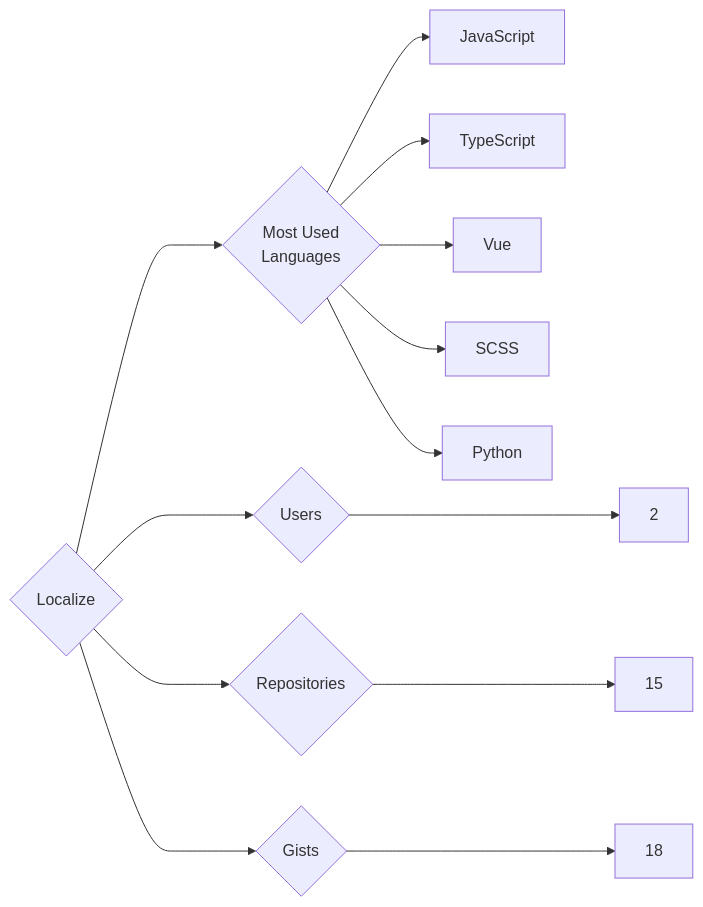
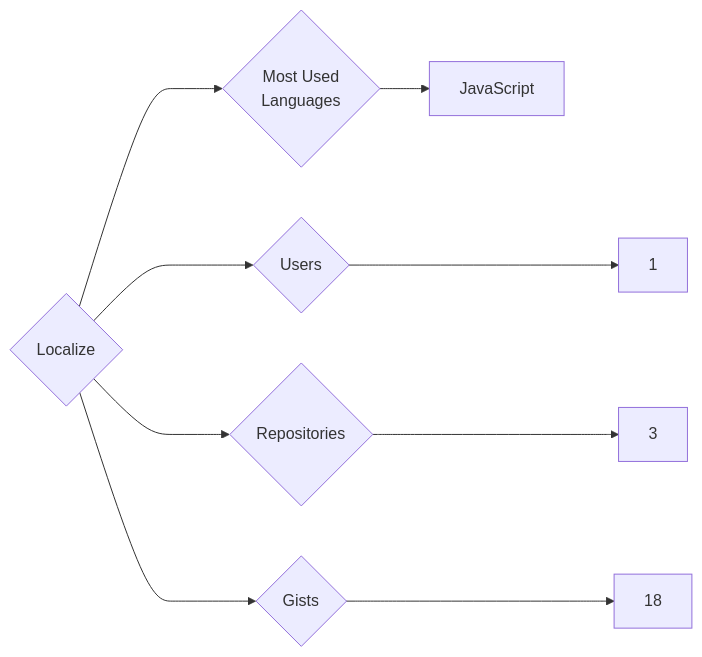
One commit to trickest/insiders changed the diagram in targets/Localize/README.md. Above: the diagram before and after it, drawn with Mermaid. The commit also changed 871 other files, not shown here.

````diff
--- a/targets/Localize/README.md
+++ b/targets/Localize/README.md
@@ -3,13 +3,9 @@
 ```mermaid
 graph LR
 COMPANY_NAME{Localize}
-COMPANY_NAME ---> U{Users} ---> UN[2]
-COMPANY_NAME ---> R{Repositories} ---> RN[15]
+COMPANY_NAME ---> U{Users} ---> UN[1]
+COMPANY_NAME ---> R{Repositories} ---> RN[3]
 COMPANY_NAME ---> G{Gists} ---> GN[18]
 COMPANY_NAME ---> ML{Most Used<br>Languages}
 ML --> JavaScript[JavaScript]
-ML --> TypeScript[TypeScript]
-ML --> Vue[Vue]
-ML --> SCSS[SCSS]
-ML --> Python[Python]
 ```
````
